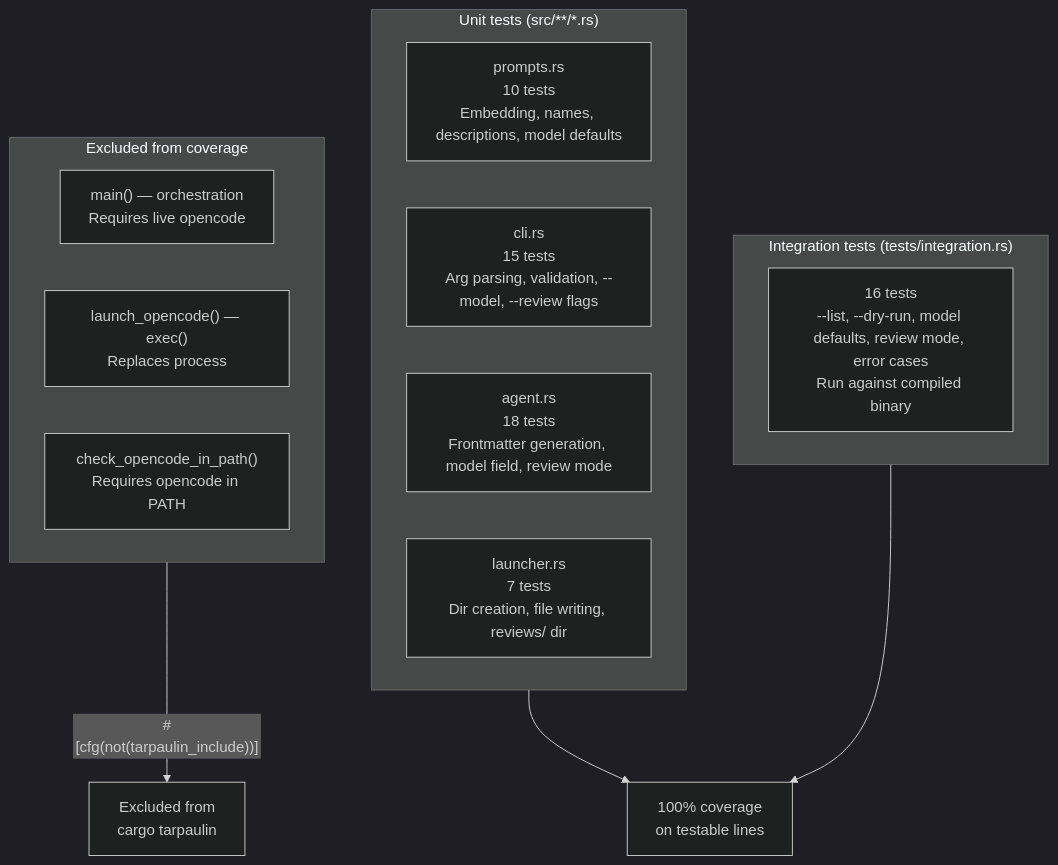
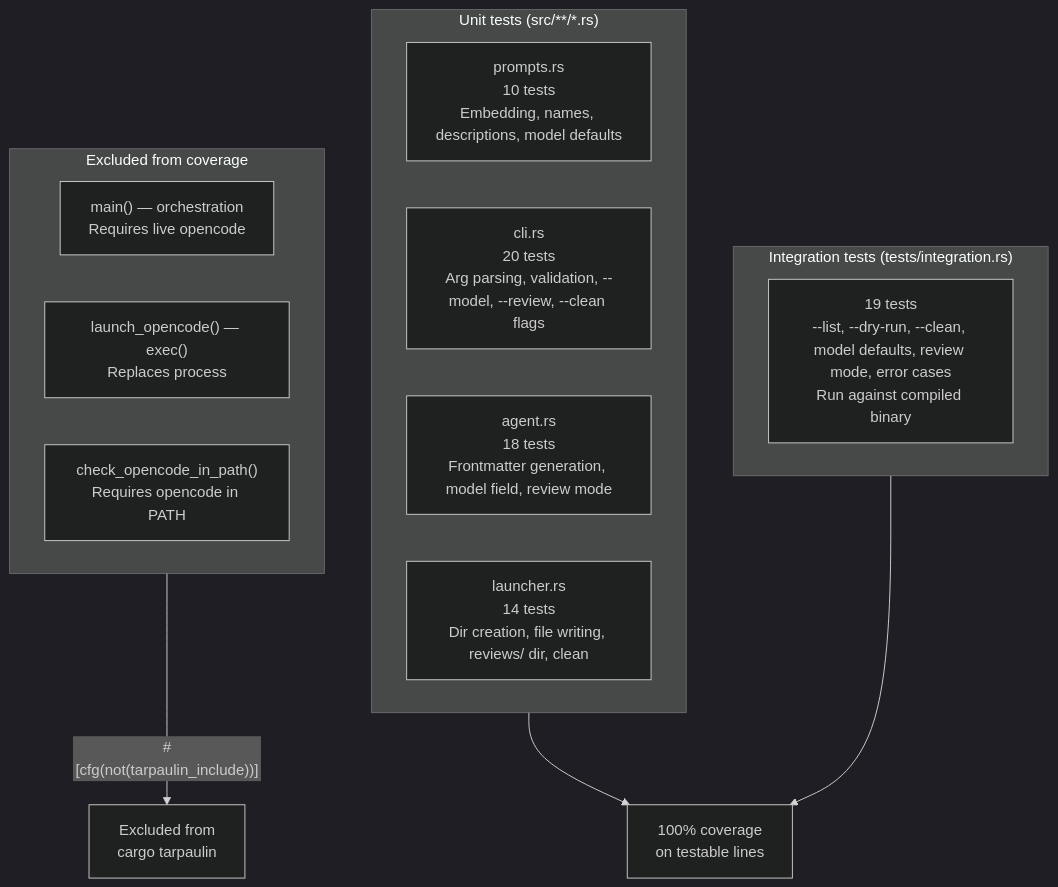
Diagram 11 of 11 in docs/architecture.md (vansweej/architecture_prompts), drawn with Mermaid (dark theme) before and after one commit. The commit also changed other lines of this file and 7 other files, not shown here.

````diff
--- a/docs/architecture.md
+++ b/docs/architecture.md
@@ -409,23 +454,23 @@
 ```mermaid
 flowchart TD
     subgraph unit["Unit tests (src/**/*.rs)"]
         U1["prompts.rs\n10 tests\nEmbedding, names, descriptions, model defaults"]
-        U2["cli.rs\n15 tests\nArg parsing, validation, --model, --review flags"]
+        U2["cli.rs\n20 tests\nArg parsing, validation, --model, --review, --clean flags"]
         U3["agent.rs\n18 tests\nFrontmatter generation, model field, review mode"]
-        U4["launcher.rs\n7 tests\nDir creation, file writing, reviews/ dir"]
+        U4["launcher.rs\n14 tests\nDir creation, file writing, reviews/ dir, clean"]
     end
 
     subgraph integration["Integration tests (tests/integration.rs)"]
-        I1["16 tests\n--list, --dry-run, model defaults, review mode, error cases\nRun against compiled binary"]
+        I1["19 tests\n--list, --dry-run, --clean, model defaults, review mode, error cases\nRun against compiled binary"]
     end
 
     subgraph excluded["Excluded from coverage"]
         X1["main() — orchestration\nRequires live opencode"]
         X2["launch_opencode() — exec()\nReplaces process"]
         X3["check_opencode_in_path()\nRequires opencode in PATH"]
     end
 
     unit --> coverage["100% coverage\non testable lines"]
     integration --> coverage
     excluded -->|"#[cfg(not(tarpaulin_include))]"| skip["Excluded from\ncargo tarpaulin"]
 ```
````
